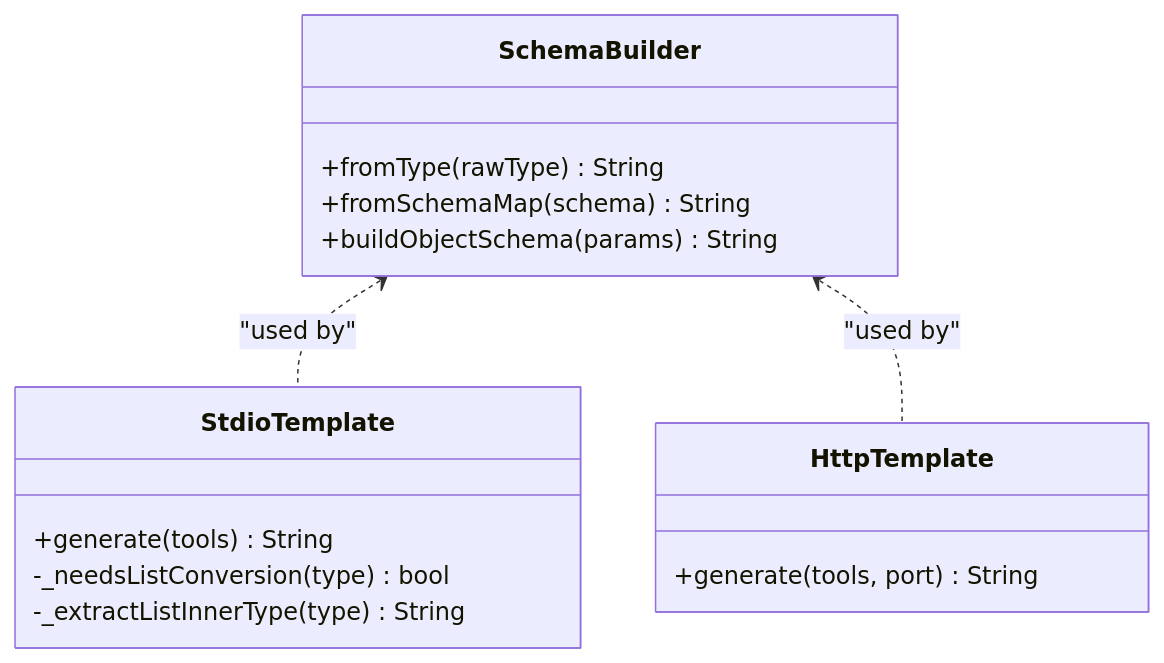
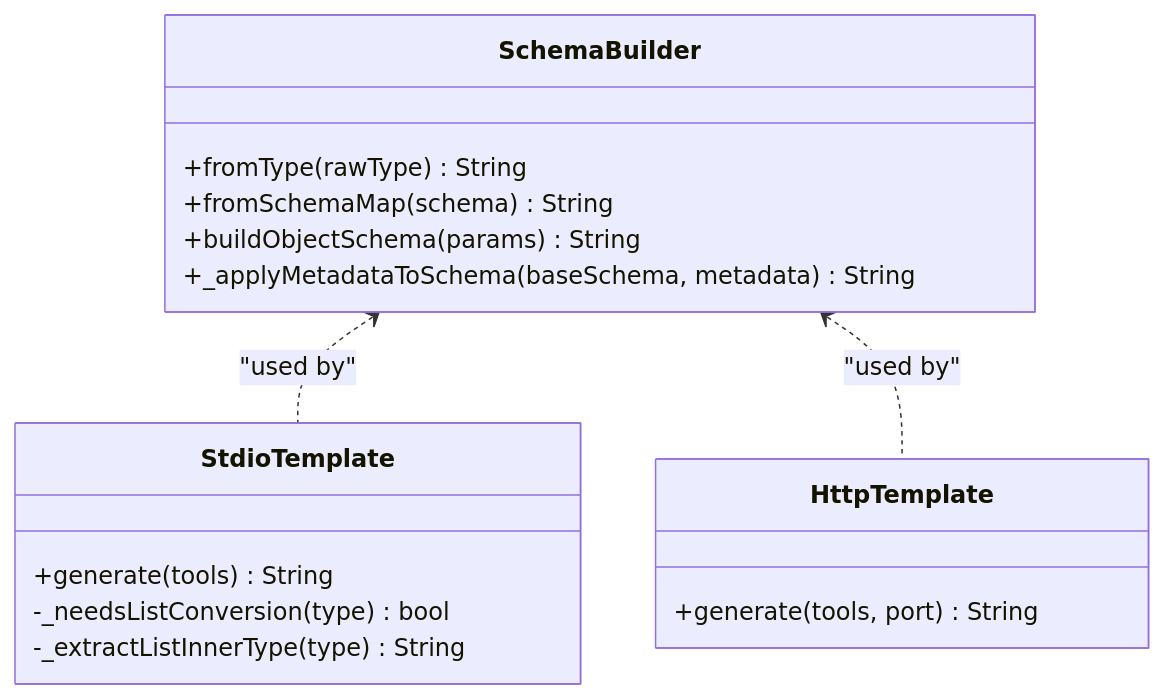
The fifth of 8 diagrams in .qoder/repowiki/en/content/Code Generation Engine/Schema Generation.md (cdavis-code/easy_mcp_workspace), drawn with Mermaid before and after one commit. The commit also changed other lines of this file and 13 other files, not shown here.

````diff
--- a/.qoder/repowiki/en/content/Code Generation Engine/Schema Generation.md
+++ b/.qoder/repowiki/en/content/Code Generation Engine/Schema Generation.md
@@ -259,18 +273,19 @@
 ```mermaid
 classDiagram
 class SchemaBuilder {
 +fromType(rawType) String
 +fromSchemaMap(schema) String
 +buildObjectSchema(params) String
++_applyMetadataToSchema(baseSchema, metadata) String
 }
 class StdioTemplate {
 +generate(tools) String
 -_needsListConversion(type) bool
 -_extractListInnerType(type) String
 }
 class HttpTemplate {
 +generate(tools, port) String
 }
 SchemaBuilder <.. StdioTemplate : "used by"
 SchemaBuilder <.. HttpTemplate : "used by"
 ```
````
